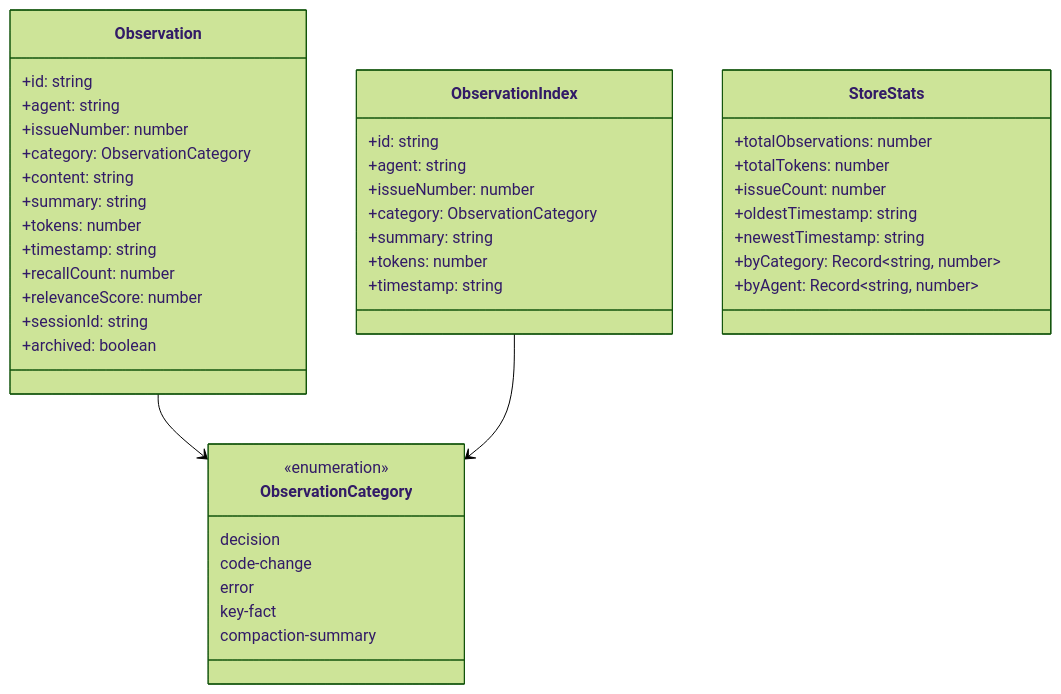
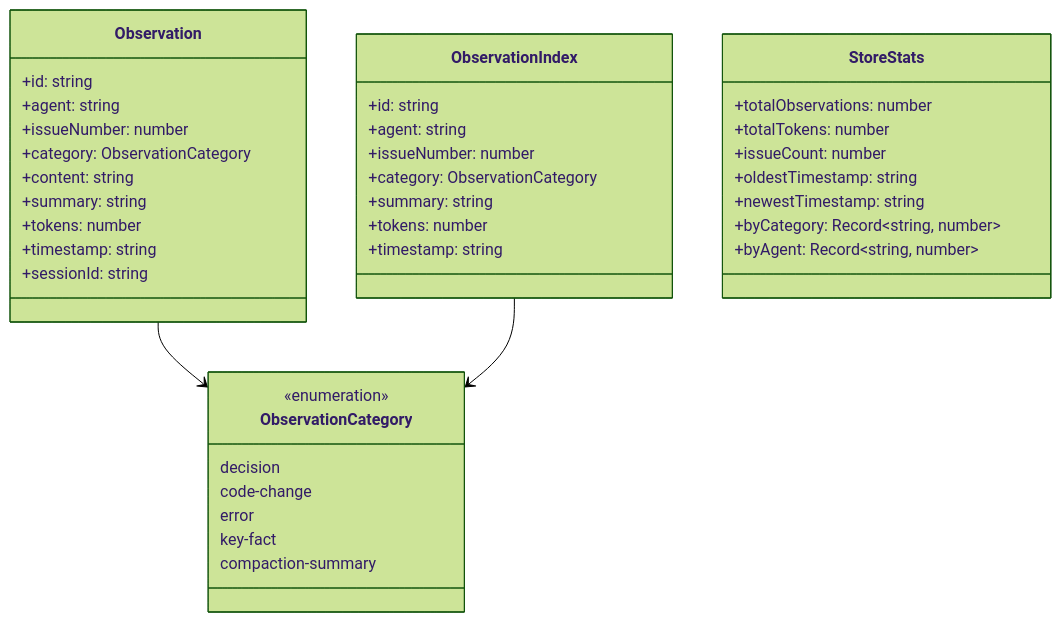
The fourth of 16 diagrams in docs/specs/SPEC-29.md (jnPiyush/AgentX), drawn with Mermaid (forest theme) before and after one commit. The commit also changed other lines of this file and 2 other files, not shown here.

Commit message:
refactor: simplify memory pipeline scope for MVP -- close open questions, trim Phase 1 interface, split Phase 2 (#29)

````diff
--- a/docs/specs/SPEC-29.md
+++ b/docs/specs/SPEC-29.md
@@ -202,49 +202,47 @@
 ```mermaid
 classDiagram
     class Observation {
         +id: string
         +agent: string
         +issueNumber: number
         +category: ObservationCategory
         +content: string
         +summary: string
         +tokens: number
         +timestamp: string
-        +recallCount: number
-        +relevanceScore: number
         +sessionId: string
-        +archived: boolean
     }
+    %% Phase 3 additions: recallCount, relevanceScore, archived
 
     class ObservationIndex {
         +id: string
         +agent: string
         +issueNumber: number
         +category: ObservationCategory
         +summary: string
         +tokens: number
         +timestamp: string
     }
 
     class ObservationCategory {
         <<enumeration>>
         decision
         code-change
         error
         key-fact
         compaction-summary
     }
 
     class StoreStats {
         +totalObservations: number
         +totalTokens: number
         +issueCount: number
         +oldestTimestamp: string
         +newestTimestamp: string
         +byCategory: Record~string, number~
         +byAgent: Record~string, number~
     }
 
     Observation --> ObservationCategory
     ObservationIndex --> ObservationCategory
 ```
````
